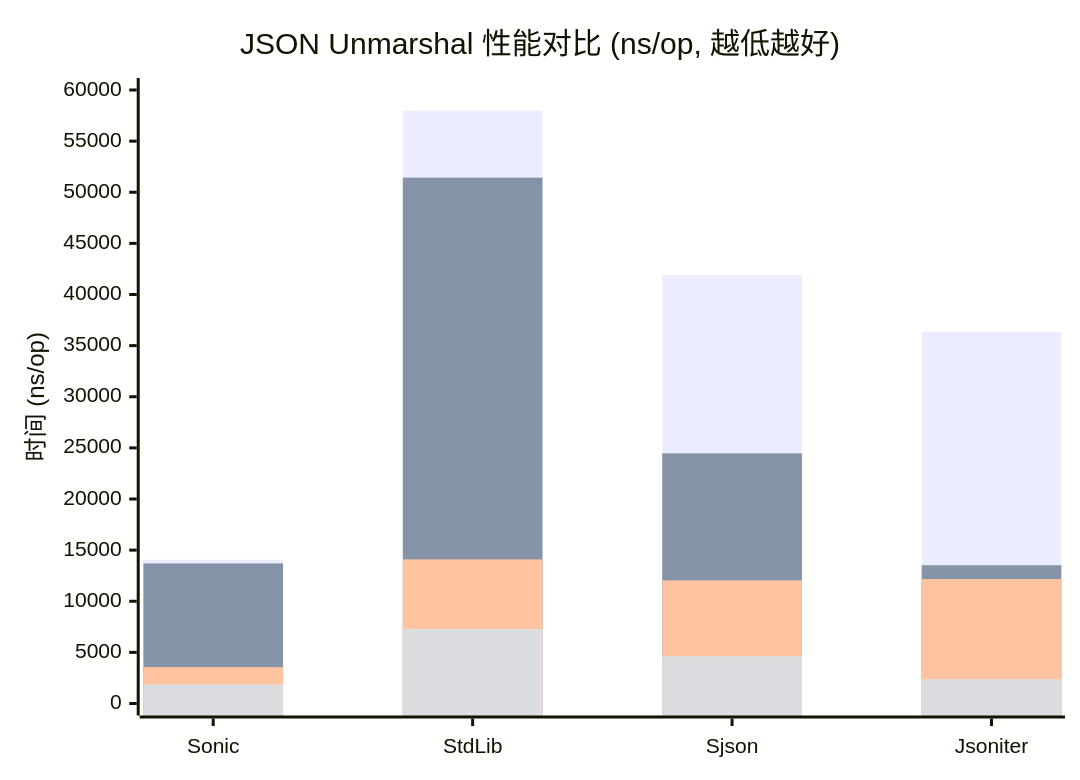
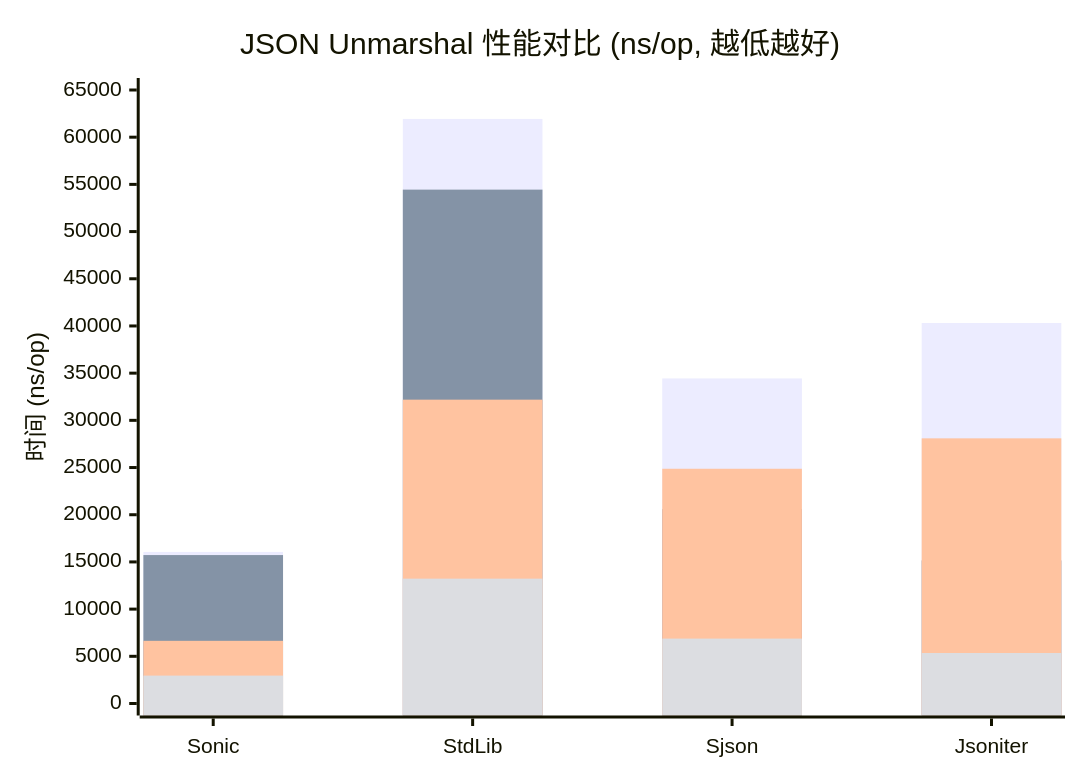
Before and after one commit to linkxzhou/sjson: the second of 6 diagrams in README.md, drawn with Mermaid. The commit also changed other lines of this file and 6 other files, not shown here.

````diff
--- a/README.md
+++ b/README.md
@@ -276,10 +284,10 @@
 ```mermaid
 xychart-beta
     title "JSON Unmarshal 性能对比 (ns/op, 越低越好)"
     x-axis ["Sonic", "StdLib", "Sjson", "Jsoniter"]
-    y-axis "时间 (ns/op)" 0 --> 60000
-    bar "Generic" [14063, 57981, 41910, 36358]
-    bar "Binding" [13697, 51432, 24466, 13520]
-    bar "Parallel Generic" [3553, 14095, 12037, 12172]
-    bar "Parallel Binding" [1863, 7290, 4635, 2374]
+    y-axis "时间 (ns/op)" 0 --> 65000
+    bar "Generic" [16059, 61936, 34443, 40309]
+    bar "Binding" [15726, 54445, 20594, 15157]
+    bar "Parallel Generic" [6640, 32191, 24871, 28092]
+    bar "Parallel Binding" [2954, 13227, 6875, 5351]
 ```
````
